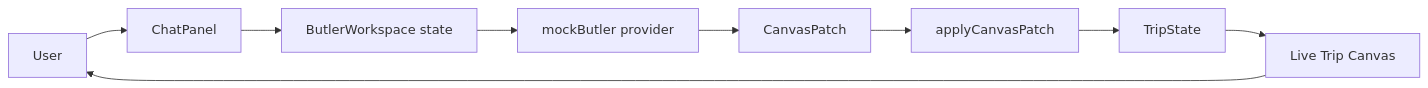
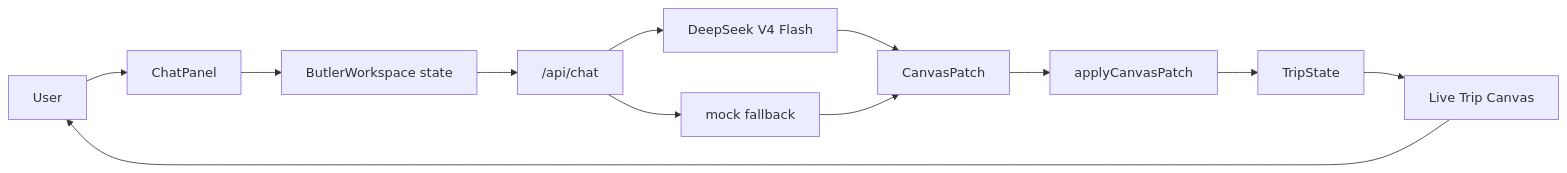
The first of 2 diagrams in DESIGN.md (JTCAO515/VP-Codex-Final), drawn with Mermaid before and after one commit. The commit also changed other lines of this file and 16 other files, not shown here.

````diff
--- a/DESIGN.md
+++ b/DESIGN.md
@@ -7,11 +7,14 @@
 ```mermaid
 flowchart LR
     User["User"] --> ChatPanel["ChatPanel"]
     ChatPanel --> ButlerWorkspace["ButlerWorkspace state"]
-    ButlerWorkspace --> MockAI["mockButler provider"]
-    MockAI --> Patch["CanvasPatch"]
+    ButlerWorkspace --> ChatAPI["/api/chat"]
+    ChatAPI --> DeepSeek["DeepSeek V4 Flash"]
+    ChatAPI --> MockAI["mock fallback"]
+    DeepSeek --> Patch["CanvasPatch"]
+    MockAI --> Patch
     Patch --> Reducer["applyCanvasPatch"]
     Reducer --> TripState["TripState"]
     TripState --> TripCanvas["Live Trip Canvas"]
     TripCanvas --> User
 ```
````
